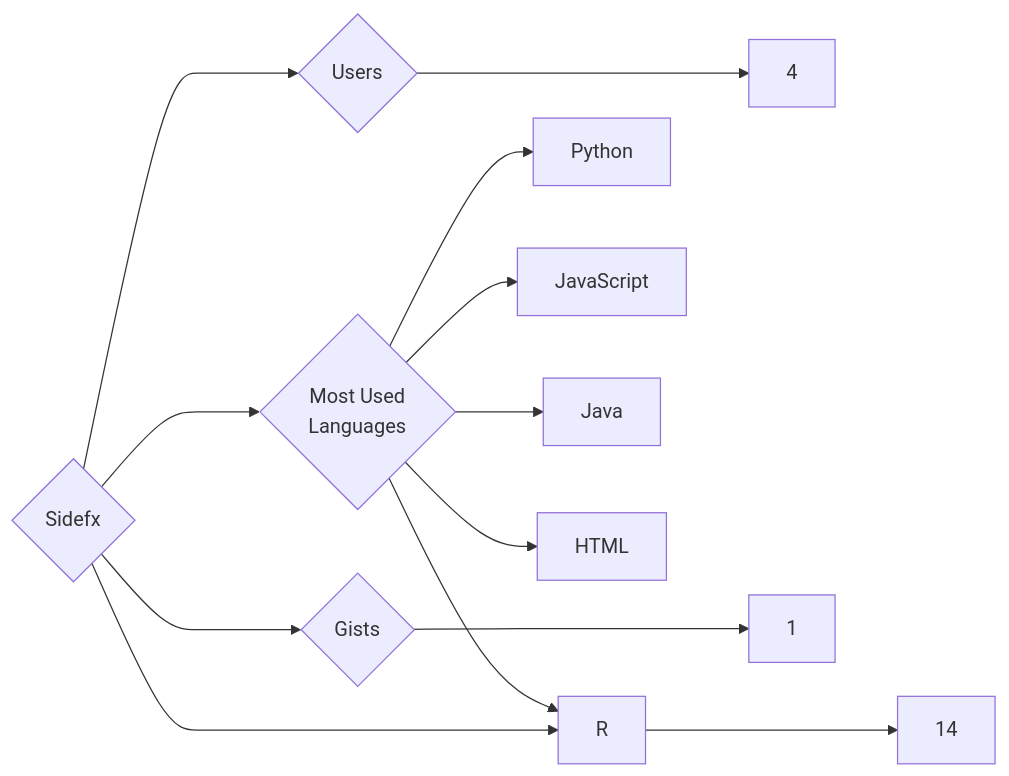
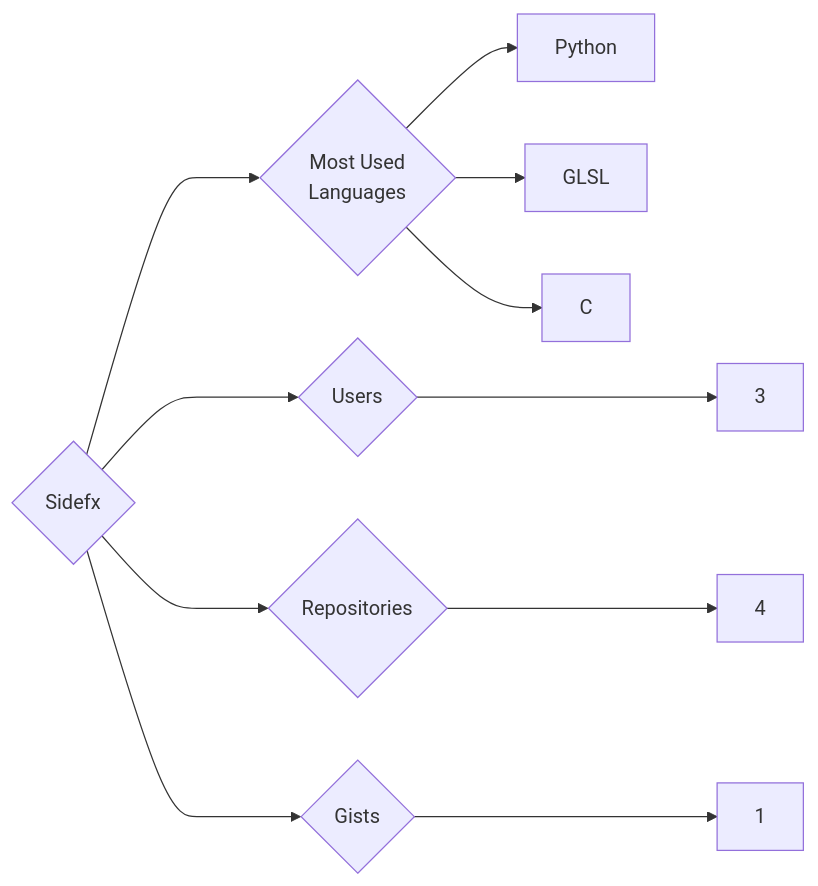
The diagram in targets/Sidefx/README.md (trickest/insiders), drawn with Mermaid before and after one commit. The commit also changed 877 other files, not shown here.

````diff
--- a/targets/Sidefx/README.md
+++ b/targets/Sidefx/README.md
@@ -3,13 +3,11 @@
 ```mermaid
 graph LR
 COMPANY_NAME{Sidefx}
-COMPANY_NAME ---> U{Users} ---> UN[4]
-COMPANY_NAME ---> R{Repositories} ---> RN[14]
+COMPANY_NAME ---> U{Users} ---> UN[3]
+COMPANY_NAME ---> R{Repositories} ---> RN[4]
 COMPANY_NAME ---> G{Gists} ---> GN[1]
 COMPANY_NAME ---> ML{Most Used<br>Languages}
 ML --> Python[Python]
-ML --> JavaScript[JavaScript]
-ML --> Java[Java]
-ML --> HTML[HTML]
-ML --> R[R]
+ML --> GLSL[GLSL]
+ML --> C[C]
 ```
````
